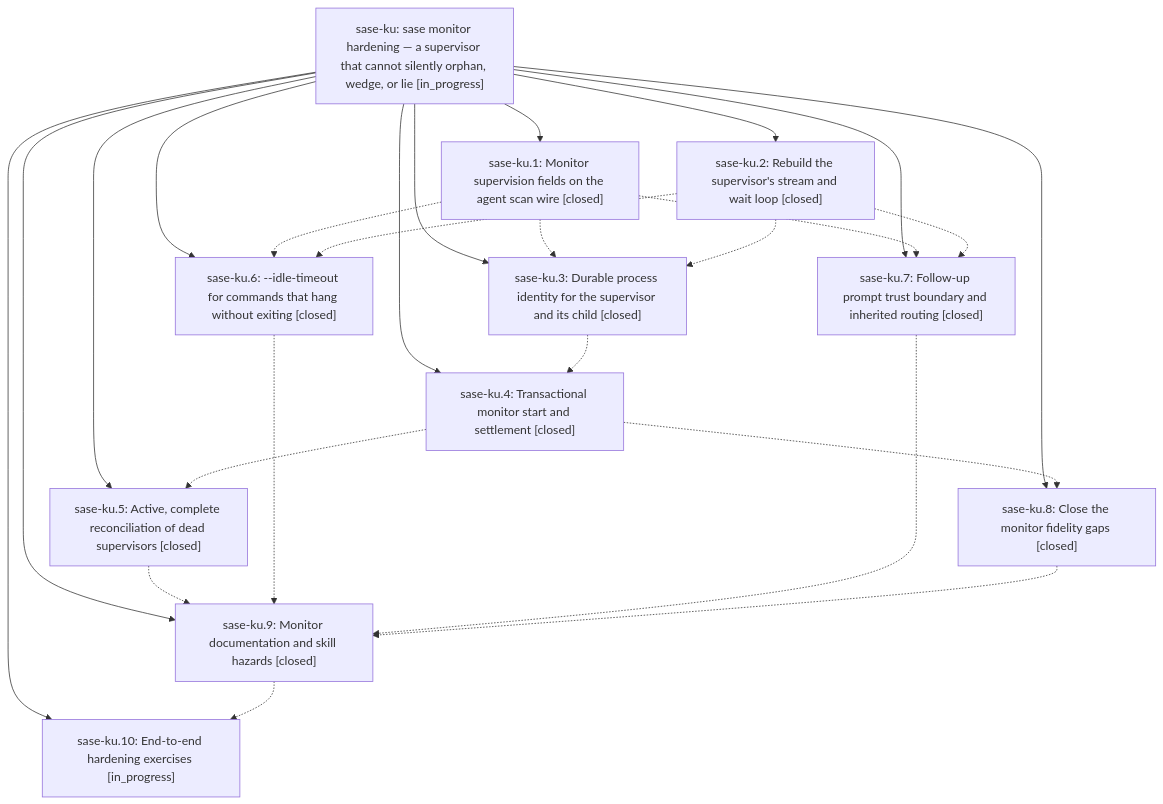
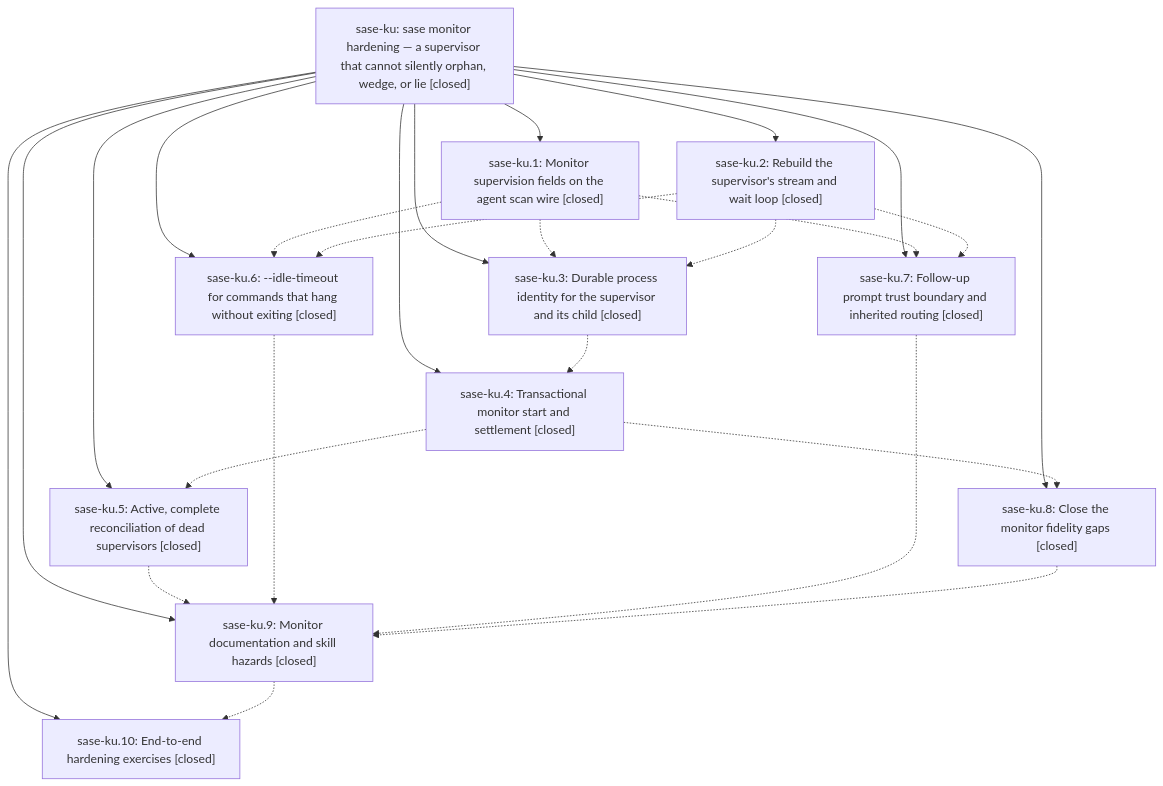
One commit to sase-org/sase--beads changed the diagram in pages/sase-ku/README.md. Above: the diagram before and after it, drawn with Mermaid. The commit also changed other lines of this file and 10 other files, not shown here.

````diff
--- a/pages/sase-ku/README.md
+++ b/pages/sase-ku/README.md
@@ -60,38 +70,38 @@
 ```mermaid
 flowchart TD
-    n0["sase-ku: sase monitor hardening — a supervisor that cannot silently orphan, wedge, or lie [in_progress]"]
+    n0["sase-ku: sase monitor hardening — a supervisor that cannot silently orphan, wedge, or lie [closed]"]
     n1["sase-ku.1: Monitor supervision fields on the agent scan wire [closed]"]
-    n2["sase-ku.10: End-to-end hardening exercises [in_progress]"]
+    n2["sase-ku.10: End-to-end hardening exercises [closed]"]
     n3["sase-ku.2: Rebuild the supervisor's stream and wait loop [closed]"]
     n4["sase-ku.3: Durable process identity for the supervisor and its child [closed]"]
     n5["sase-ku.4: Transactional monitor start and settlement [closed]"]
     n6["sase-ku.5: Active, complete reconciliation of dead supervisors [closed]"]
     n7["sase-ku.6: --idle-timeout for commands that hang without exiting [closed]"]
     n8["sase-ku.7: Follow-up prompt trust boundary and inherited routing [closed]"]
     n9["sase-ku.8: Close the monitor fidelity gaps [closed]"]
     n10["sase-ku.9: Monitor documentation and skill hazards [closed]"]
     n0 --> n1
     n0 --> n2
     n0 --> n3
     n0 --> n4
     n0 --> n5
     n0 --> n6
     n0 --> n7
     n0 --> n8
     n0 --> n9
     n0 --> n10
     n1 -.-> n4
     n1 -.-> n7
     n1 -.-> n8
     n3 -.-> n4
     n3 -.-> n7
     n3 -.-> n8
     n4 -.-> n5
     n5 -.-> n6
     n5 -.-> n9
     n6 -.-> n10
     n7 -.-> n10
     n8 -.-> n10
     n9 -.-> n10
     n10 -.-> n2
 ```
````
